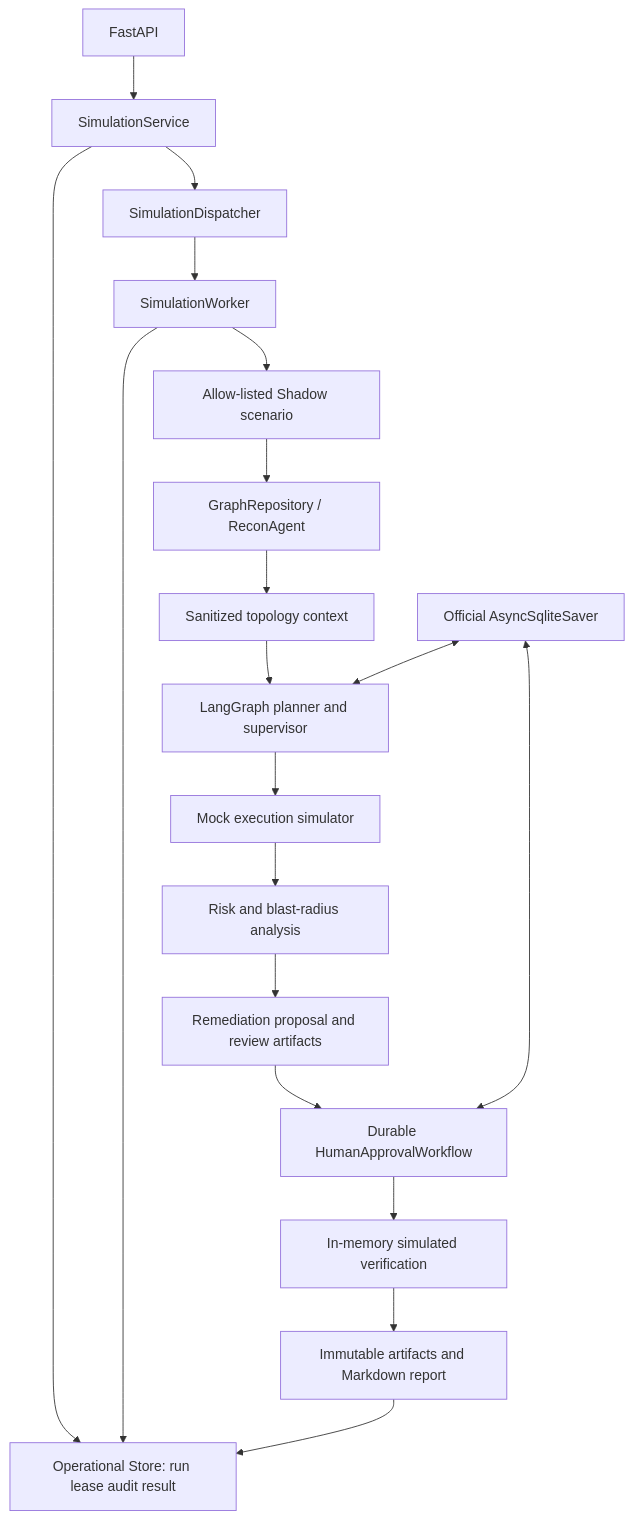
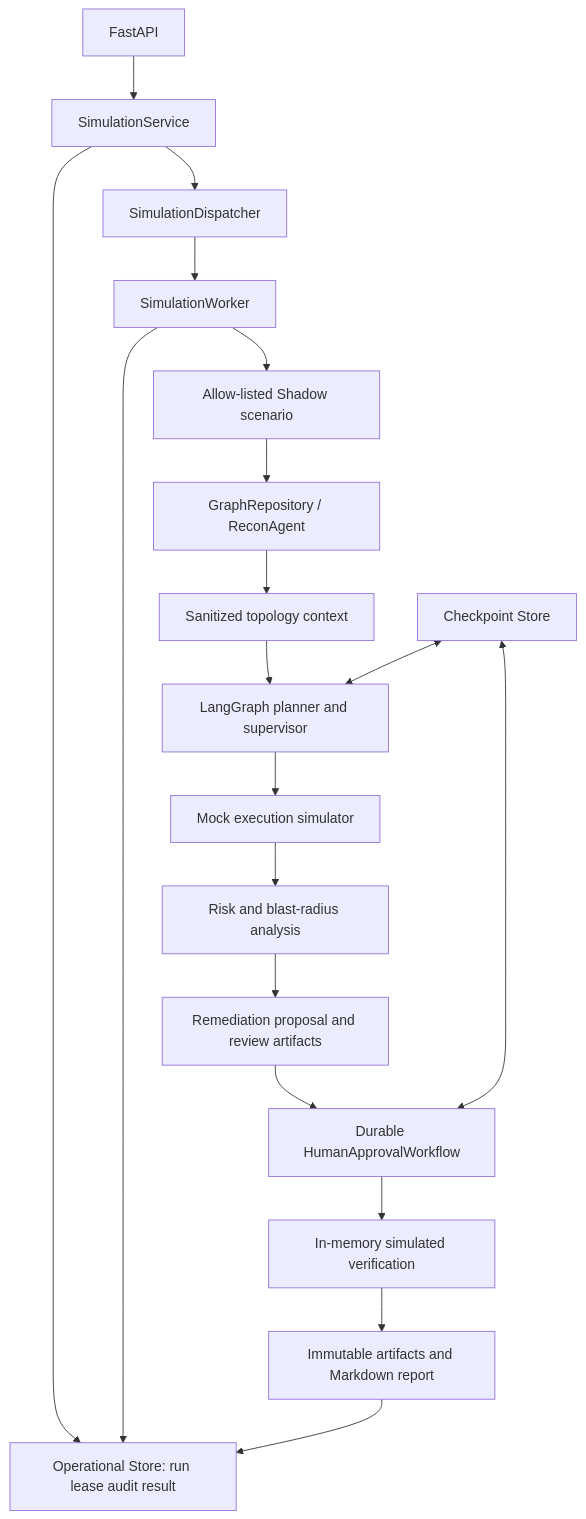
Before and after one commit to Santidelacarrera/autonomous-red-teaming: the diagram in docs/architecture.md, drawn with Mermaid. The commit also changed other lines of this file and 48 other files, not shown here.

````diff
--- a/docs/architecture.md
+++ b/docs/architecture.md
@@ -3,21 +3,21 @@
 ```mermaid
 flowchart TD
     API[FastAPI] --> SVC[SimulationService]
     SVC --> STORE[Operational Store: run lease audit result]
     SVC --> DISPATCH[SimulationDispatcher]
     DISPATCH --> WORKER[SimulationWorker]
     WORKER --> STORE
     WORKER --> SCENARIO[Allow-listed Shadow scenario]
     SCENARIO --> RECON[GraphRepository / ReconAgent]
     RECON --> SAN[Sanitized topology context]
     SAN --> LG[LangGraph planner and supervisor]
     LG --> MOCK[Mock execution simulator]
     MOCK --> ANALYSIS[Risk and blast-radius analysis]
     ANALYSIS --> REM[Remediation proposal and review artifacts]
     REM --> HITL[Durable HumanApprovalWorkflow]
     HITL --> VERIFY[In-memory simulated verification]
     VERIFY --> RESULT[Immutable artifacts and Markdown report]
     RESULT --> STORE
-    SAVER[Official AsyncSqliteSaver] <--> LG
+    SAVER[Checkpoint Store] <--> LG
     SAVER <--> HITL
 ```
````
